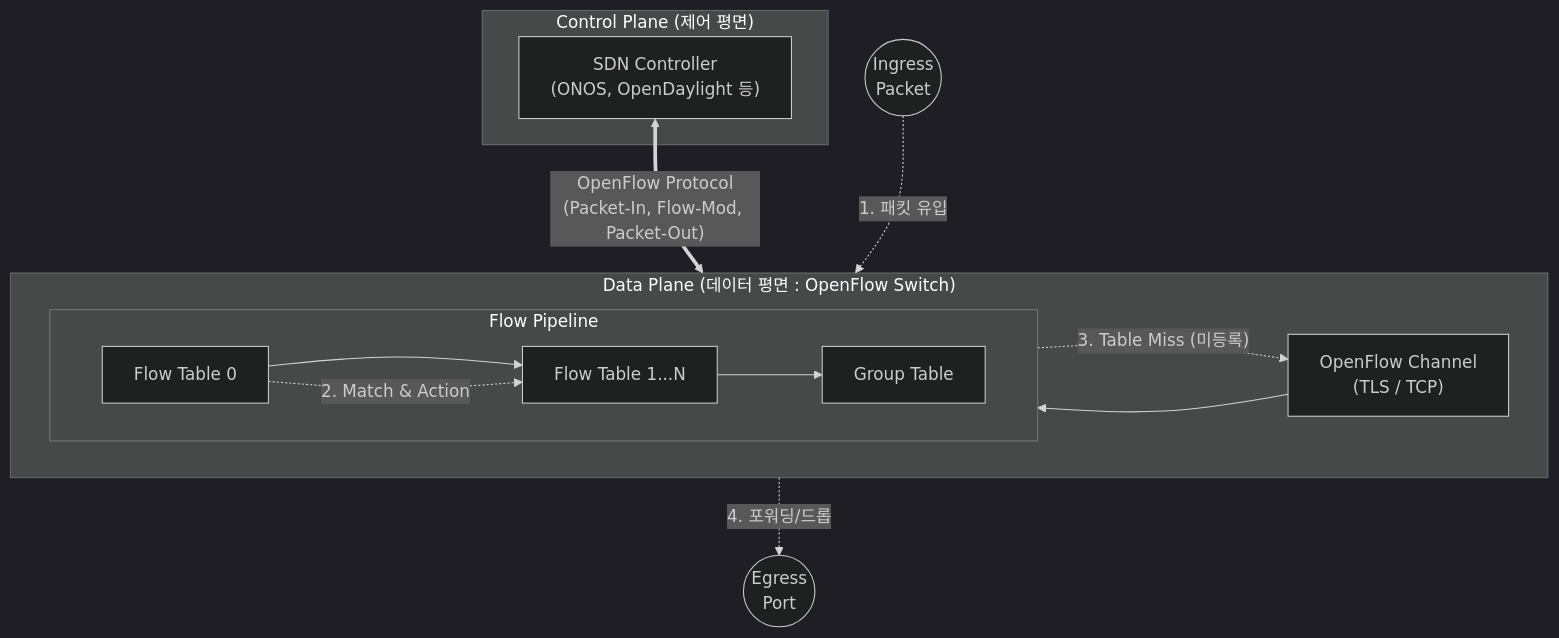
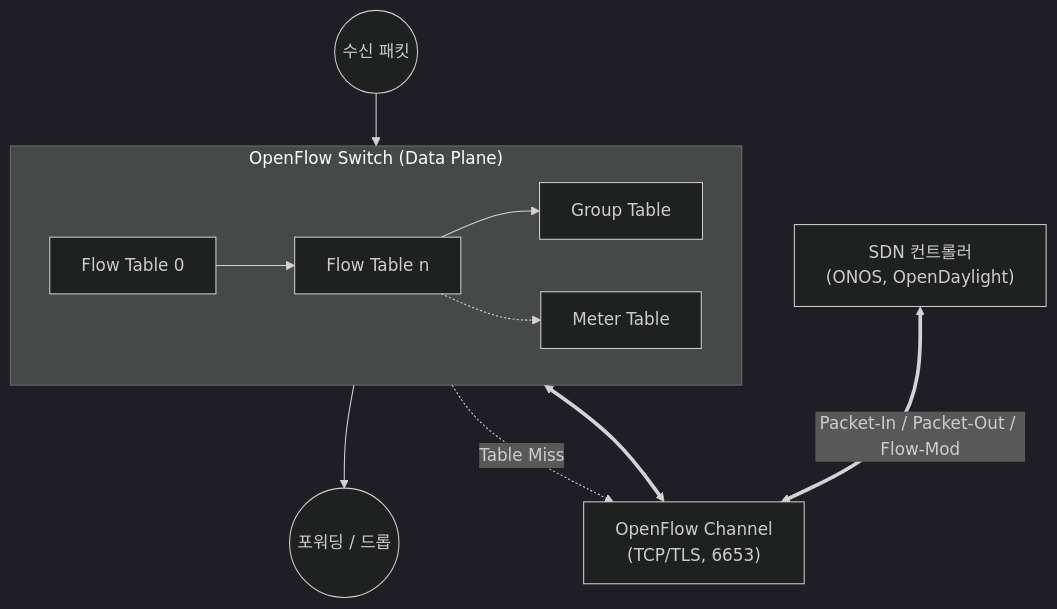
The diagram in content/01_IT Tech/OpenFlow.md (supremethumb/supremethumb.github.io), drawn with Mermaid (dark theme) before and after one commit. The commit also changed other lines of this file and 1087 other files, not shown here.

````diff
--- a/content/01_IT Tech/OpenFlow.md
+++ b/content/01_IT Tech/OpenFlow.md
@@ -36,29 +36,14 @@
 ```mermaid
-flowchart TD
-    subgraph Control_Plane ["Control Plane (제어 평면)"]
-        Controller["SDN Controller<br/>(ONOS, OpenDaylight 등)"]
+flowchart TB
+    Controller["SDN 컨트롤러<br/>(ONOS, OpenDaylight)"]
+    Channel["OpenFlow Channel<br/>(TCP/TLS, 6653)"]
+    subgraph Switch["OpenFlow Switch (Data Plane)"]
+        direction LR
+        FT0["Flow Table 0"] --> FTn["Flow Table n"] --> GT["Group Table"]
+        FTn -.-> MT["Meter Table"]
     end
-
-    subgraph Data_Plane ["Data Plane (데이터 평면 : OpenFlow Switch)"]
-        direction LR
-        Channel["OpenFlow Channel<br/>(TLS / TCP)"]
-        
-        subgraph Pipeline ["Flow Pipeline"]
-            direction LR
-            FT0["Flow Table 0"]
-            FT1["Flow Table 1...N"]
-            Group["Group Table"]
-            
-            FT0 --> FT1 --> Group
-        end
-    end
-    
-    Controller <== "OpenFlow Protocol<br/>(Packet-In, Flow-Mod, Packet-Out)" ==> Channel
-    Channel --> Pipeline
-    
-    HostA(("Ingress<br/>Packet")) -. "1. 패킷 유입" .-> FT0
-    FT0 -. "2. Match & Action" .-> FT1
-    FT0 -. "3. Table Miss (미등록)" .-> Channel
-    Group -. "4. 포워딩/드롭" .-> HostB(("Egress<br/>Port"))
-
+    In(("수신 패킷")) --> FT0
+    GT --> Out(("포워딩 / 드롭"))
+    Controller <== "Packet-In / Packet-Out / Flow-Mod" ==> Channel <==> Switch
+    FT0 -. "Table Miss" .-> Channel
 ```
````
